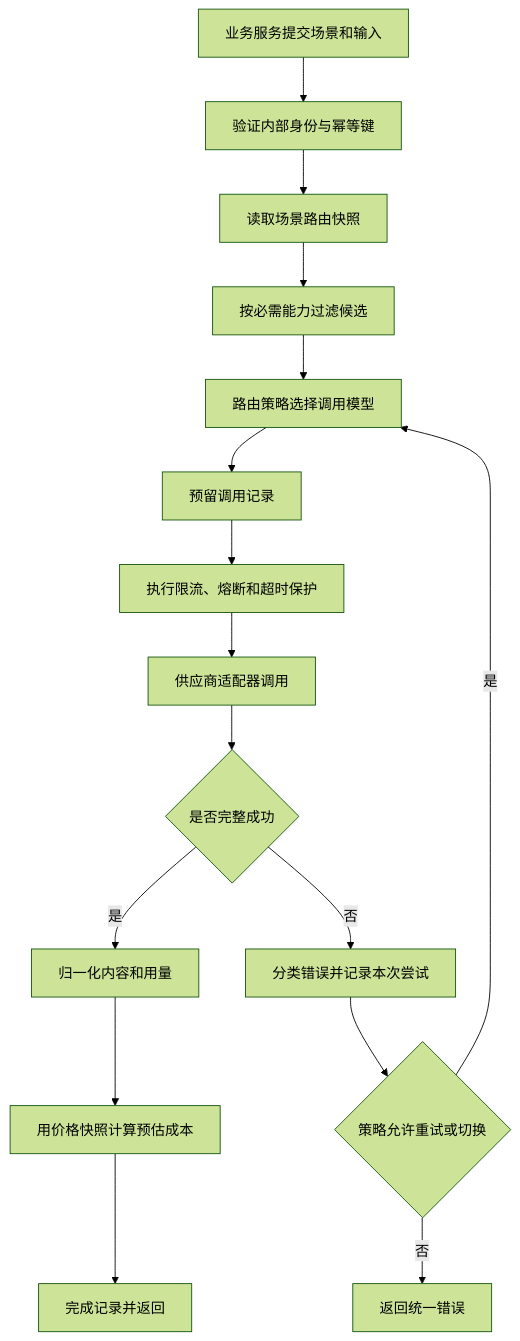
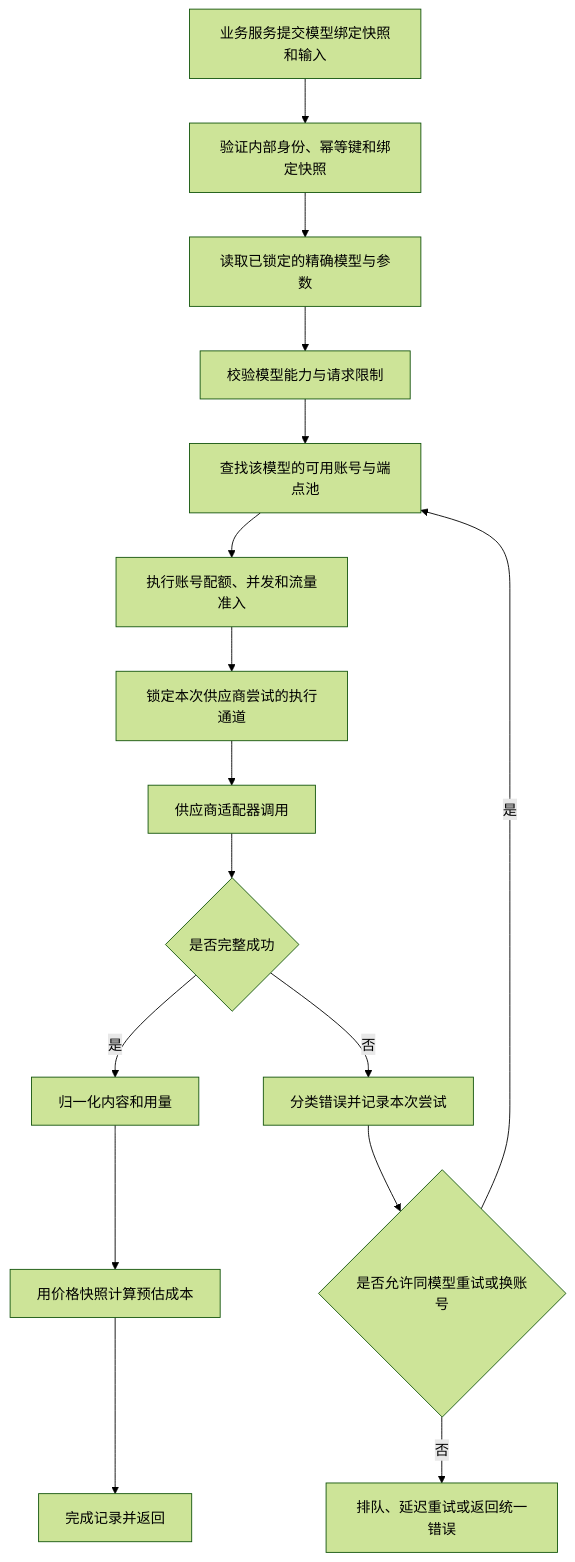
Before and after one commit to Dorian7Alden/LeetModel: the diagram in docs/project/03-微服务设计/ai-gateway-service/统一调用与路由.md, drawn with Mermaid (forest theme). The commit also changed other lines of this file and 28 other files, not shown here.

````diff
--- a/docs/project/03-微服务设计/ai-gateway-service/统一调用与路由.md
+++ b/docs/project/03-微服务设计/ai-gateway-service/统一调用与路由.md
@@ -5,18 +8,18 @@
 ```mermaid
 flowchart TD
-    A[业务服务提交场景和输入] --> B[验证内部身份与幂等键]
-    B --> C[读取场景路由快照]
-    C --> D[按必需能力过滤候选]
-    D --> E[路由策略选择调用模型]
-    E --> F[预留调用记录]
-    F --> G[执行限流、熔断和超时保护]
+    A[业务服务提交模型绑定快照和输入] --> B[验证内部身份、幂等键和绑定快照]
+    B --> C[读取已锁定的精确模型与参数]
+    C --> D[校验模型能力与请求限制]
+    D --> E[查找该模型的可用账号与端点池]
+    E --> F[执行账号配额、并发和流量准入]
+    F --> G[锁定本次供应商尝试的执行通道]
     G --> H[供应商适配器调用]
     H --> I{是否完整成功}
     I -- 是 --> J[归一化内容和用量]
     J --> K[用价格快照计算预估成本]
     K --> L[完成记录并返回]
     I -- 否 --> M[分类错误并记录本次尝试]
-    M --> N{策略允许重试或切换}
+    M --> N{是否允许同模型重试或换账号}
     N -- 是 --> E
-    N -- 否 --> O[返回统一错误]
+    N -- 否 --> O[排队、延迟重试或返回统一错误]
 ```
````
